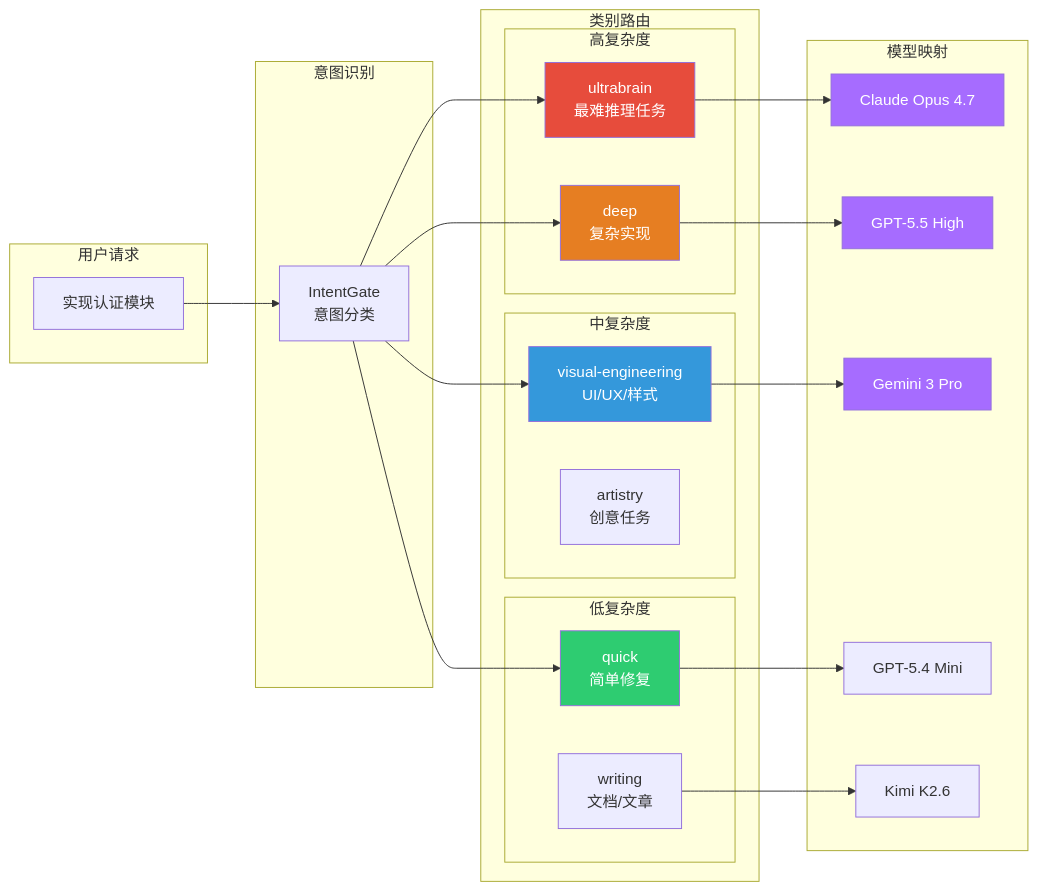
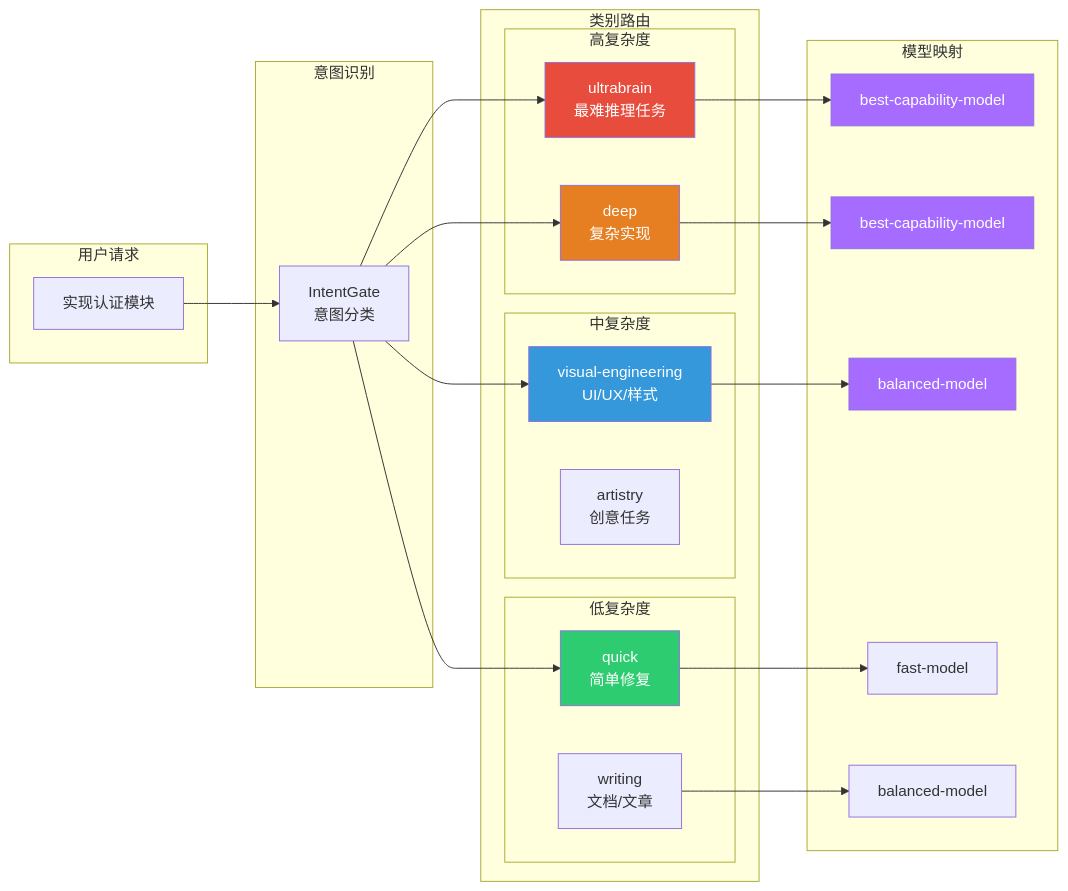
One commit to tonydeng/harness-engineering-from-oc-to-ai-coding changed the second of 2 diagrams in src/03-setup/oh-my-openagent-setup.md. Above: the diagram before and after it, drawn with Mermaid. The commit also changed other lines of this file and 39 other files, not shown here.

````diff
--- a/src/03-setup/oh-my-openagent-setup.md
+++ b/src/03-setup/oh-my-openagent-setup.md
@@ -267,55 +295,55 @@
 ```mermaid
 flowchart LR
     subgraph Input["用户请求"]
         REQ[实现认证模块]
     end
     
     subgraph Intent["意图识别"]
         IG[IntentGate<br/>意图分类]
     end
     
     subgraph Categories["类别路由"]
         subgraph HighComplex["高复杂度"]
             UB[ultrabrain<br/>最难推理任务]
             DEEP[deep<br/>复杂实现]
         end
         
         subgraph MediumComplex["中复杂度"]
             VE[visual-engineering<br/>UI/UX/样式]
             ART[artistry<br/>创意任务]
         end
         
         subgraph LowComplex["低复杂度"]
             QUICK[quick<br/>简单修复]
             WRT[writing<br/>文档/文章]
         end
     end
     
     subgraph Models["模型映射"]
-        CLA[Claude Opus 4.7]
-        GPT_H[GPT-5.5 High]
-        GPT_M[GPT-5.4 Mini]
-        GEM[Gemini 3 Pro]
-        KIMI[Kimi K2.6]
+        CLA[best-capability-model]
+        GPT_H[best-capability-model]
+        GPT_M[fast-model]
+        GEM[balanced-model]
+        KIMI[balanced-model]
     end
     
     REQ --> IG
     IG --> UB
     IG --> DEEP
     IG --> VE
     IG --> QUICK
     
     UB --> CLA
     DEEP --> GPT_H
     VE --> GEM
     QUICK --> GPT_M
     WRT --> KIMI
     
     style UB fill:#E74C3C,color:#fff
     style DEEP fill:#E67E22,color:#fff
     style VE fill:#3498DB,color:#fff
     style QUICK fill:#2ECC71,color:#fff
     style CLA fill:#A66CFF,color:#fff
     style GPT_H fill:#A66CFF,color:#fff
     style GEM fill:#A66CFF,color:#fff
 ```
````
